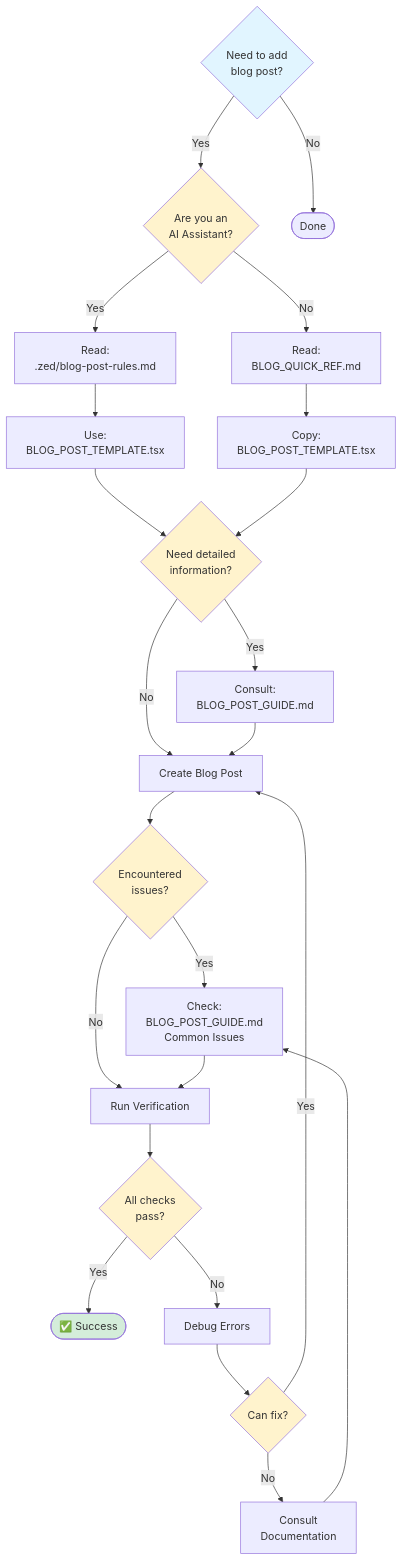
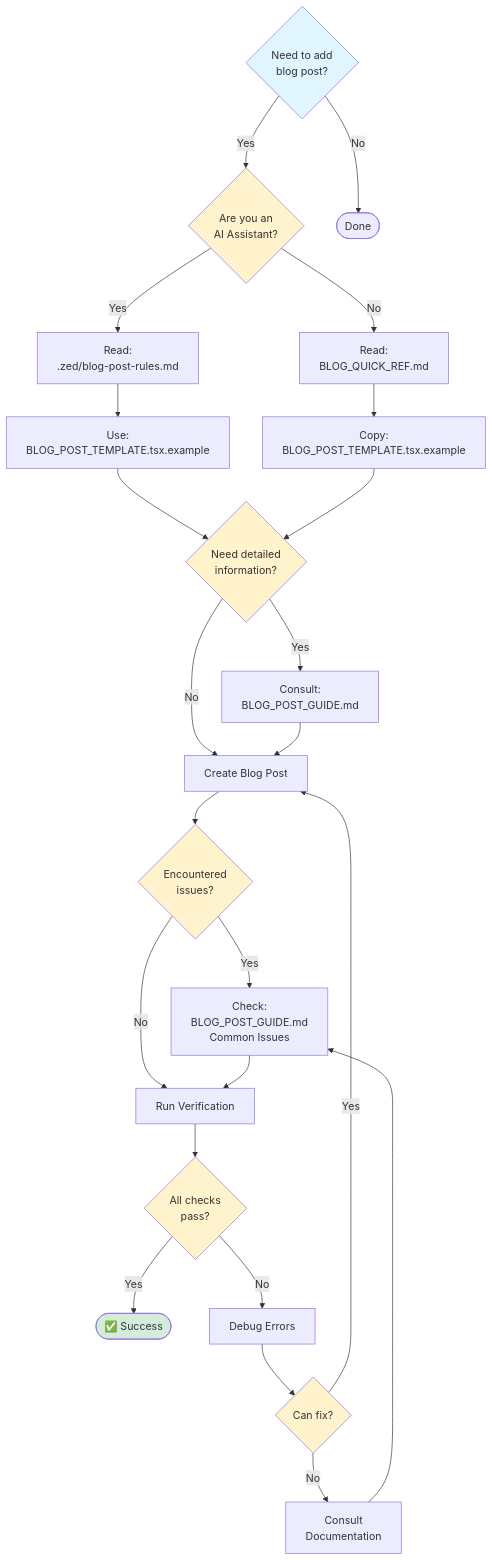
Before and after one commit to jakwakwa/cv-ai-parser: the fourth of 9 diagrams in BLOG_WORKFLOW.md, drawn with Mermaid. The commit also changed other lines of this file and 5 other files, not shown here.

Commit message:
Rename template to .tsx.example and update docs

````diff
--- a/BLOG_WORKFLOW.md
+++ b/BLOG_WORKFLOW.md
@@ -150,47 +150,47 @@
 ```mermaid
 flowchart TD
     Start{Need to add<br/>blog post?}
     Start -->|Yes| Q1{Are you an<br/>AI Assistant?}
     Start -->|No| End([Done])
     
     Q1 -->|Yes| AI1[Read:<br/>.zed/blog-post-rules.md]
     Q1 -->|No| Human1[Read:<br/>BLOG_QUICK_REF.md]
     
-    AI1 --> AI2[Use:<br/>BLOG_POST_TEMPLATE.tsx]
-    Human1 --> Human2[Copy:<br/>BLOG_POST_TEMPLATE.tsx]
+    AI1 --> AI2[Use:<br/>BLOG_POST_TEMPLATE.tsx.example]
+    Human1 --> Human2[Copy:<br/>BLOG_POST_TEMPLATE.tsx.example]
     
     AI2 --> Q2{Need detailed<br/>information?}
     Human2 --> Q2
     
     Q2 -->|Yes| Detail[Consult:<br/>BLOG_POST_GUIDE.md]
     Q2 -->|No| Create[Create Blog Post]
     
     Detail --> Create
     
     Create --> Q3{Encountered<br/>issues?}
     
     Q3 -->|Yes| Trouble[Check:<br/>BLOG_POST_GUIDE.md<br/>Common Issues]
     Q3 -->|No| Verify[Run Verification]
     
     Trouble --> Verify
     
     Verify --> Q4{All checks<br/>pass?}
     
     Q4 -->|Yes| Success([✅ Success])
     Q4 -->|No| Debug[Debug Errors]
     
     Debug --> Q5{Can fix?}
     
     Q5 -->|Yes| Create
     Q5 -->|No| Help[Consult<br/>Documentation]
     
     Help --> Trouble
     
     style Start fill:#e1f5ff
     style Success fill:#d4edda
     style Q1 fill:#fff3cd
     style Q2 fill:#fff3cd
     style Q3 fill:#fff3cd
     style Q4 fill:#fff3cd
     style Q5 fill:#fff3cd
 ```
````
